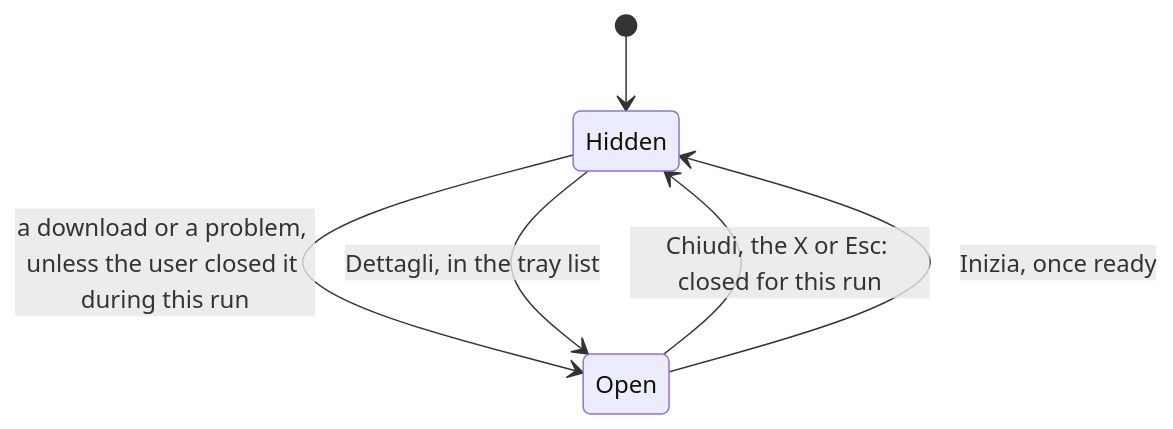
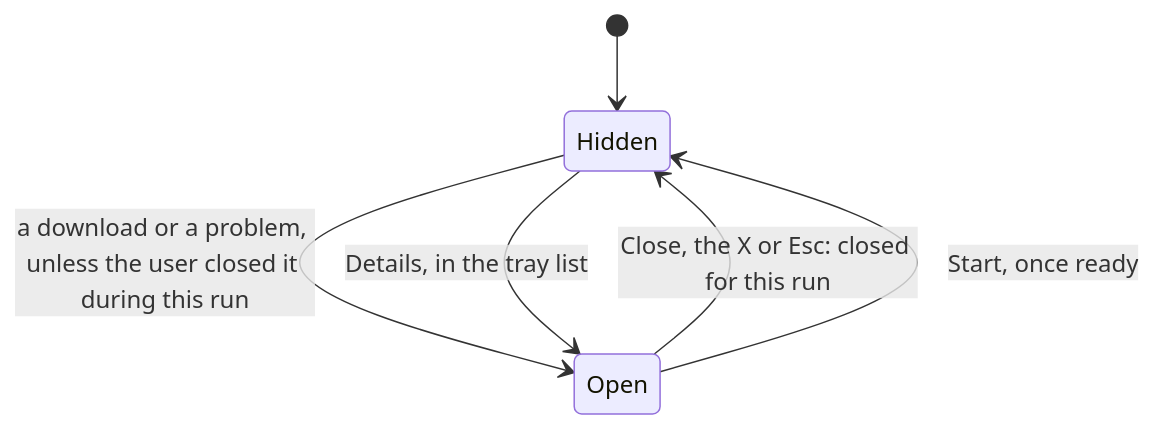
Before and after one commit to devfrx/jiffin: the diagram in docs/design/first-run.md, drawn with Mermaid. The commit also changed other lines of this file and 70 other files, not shown here.

````diff
--- a/docs/design/first-run.md
+++ b/docs/design/first-run.md
@@ -39,8 +39,8 @@
 ```mermaid
 stateDiagram-v2
     [*] --> Hidden
     Hidden --> Open : a download or a problem, unless the user closed it during this run
-    Hidden --> Open : Dettagli, in the tray list
-    Open --> Hidden : Chiudi, the X or Esc: closed for this run
-    Open --> Hidden : Inizia, once ready
+    Hidden --> Open : Details, in the tray list
+    Open --> Hidden : Close, the X or Esc: closed for this run
+    Open --> Hidden : Start, once ready
 ```
````
